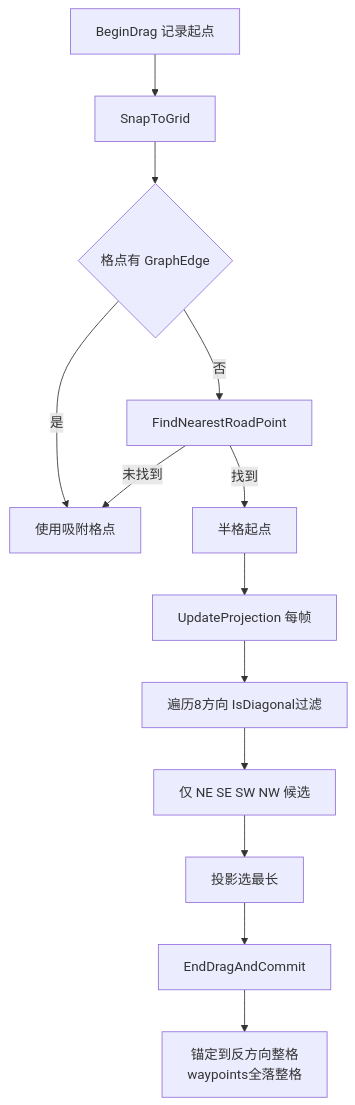
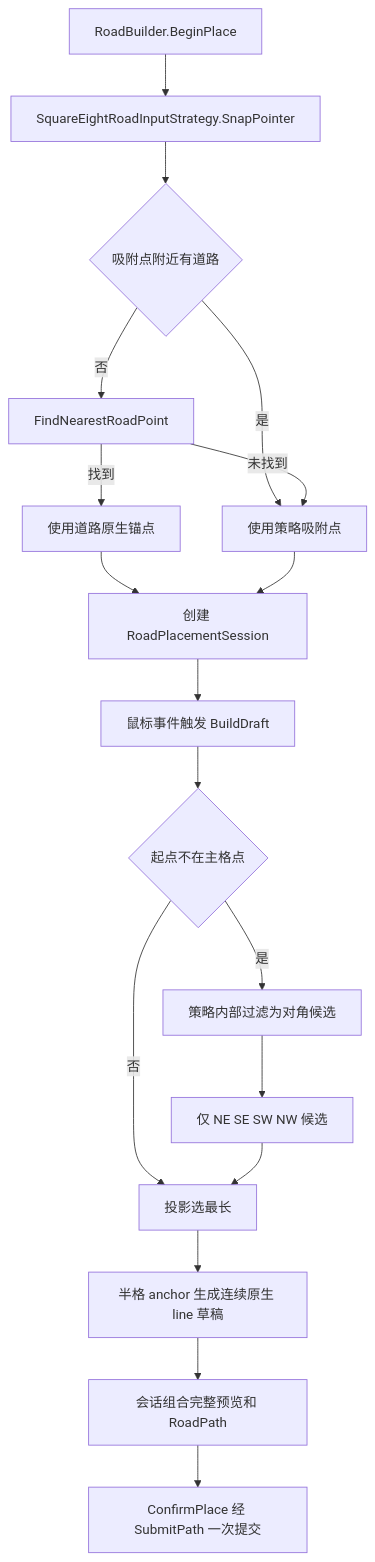
One commit to xianfishyu/SimpleCities changed the seventh of 9 diagrams in docs/reference/game-logic.md. Above: the diagram before and after it, drawn with Mermaid. The commit also changed other lines of this file and 12 other files, not shown here.

````diff
--- a/docs/reference/game-logic.md
+++ b/docs/reference/game-logic.md
@@ -250,16 +251,21 @@
 ```mermaid
 flowchart TD
-    Start["BeginDrag 记录起点"] --> Snap["SnapToGrid"]
-    Snap --> Check{"格点有 GraphEdge"}
-    Check -->|是| Direct["使用吸附格点"]
+    Start["RoadBuilder.BeginPlace"] --> Snap["SquareEightRoadInputStrategy.SnapPointer"]
+    Snap --> Check{"吸附点附近有道路"}
+    Check -->|是| Direct["使用策略吸附点"]
     Check -->|否| Fallback["FindNearestRoadPoint"]
-    Fallback -->|找到| HalfGrid["半格起点"]
+    Fallback -->|找到| HalfGrid["使用道路原生锚点"]
     Fallback -->|未找到| Direct
 
-    HalfGrid --> Update["UpdateProjection 每帧"]
-    Update --> Filter["遍历8方向 IsDiagonal过滤"]
+    HalfGrid --> Session["创建 RoadPlacementSession"]
+    Direct --> Session
+    Session --> Update["鼠标事件触发 BuildDraft"]
+    Update --> Offset{"起点不在主格点"}
+    Offset -->|是| Filter["策略内部过滤为对角候选"]
+    Offset -->|否| Project["策略内部遍历 8 方向"]
     Filter --> DiagOnly["仅 NE SE SW NW 候选"]
     DiagOnly --> Project["投影选最长"]
-    Project --> Commit["EndDragAndCommit"]
-    Commit --> Anchor["锚定到反方向整格<br/>waypoints全落整格"]
+    Project --> Anchor["半格 anchor 生成连续原生 line 草稿"]
+    Anchor --> Compose["会话组合完整预览和 RoadPath"]
+    Compose --> Commit["ConfirmPlace 经 SubmitPath 一次提交"]
 ```
````
